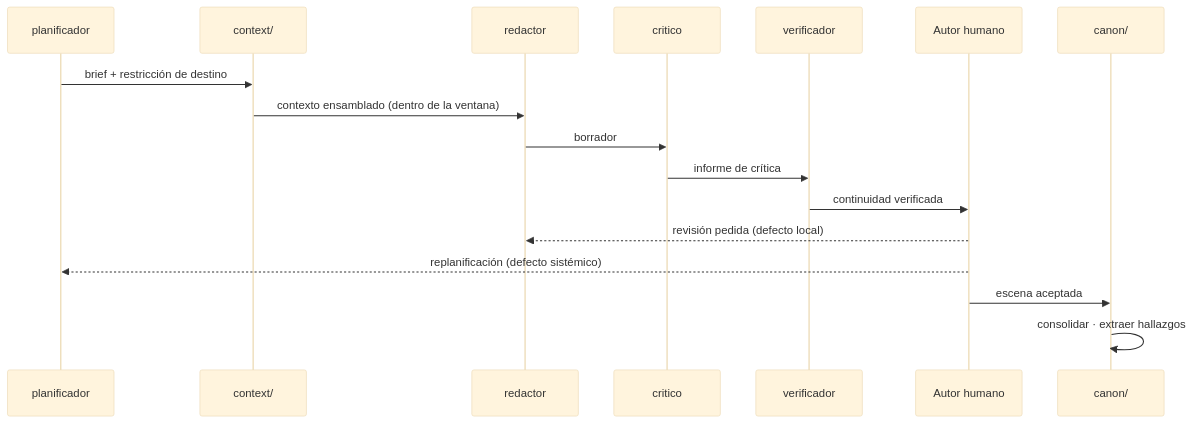
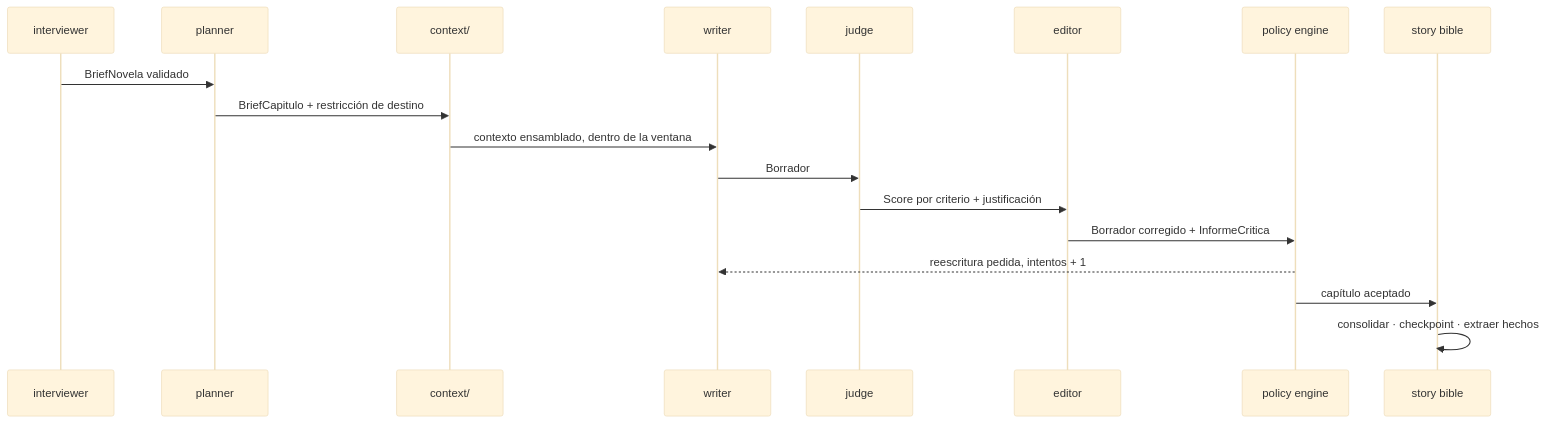
One commit to BrunoCrz3/MyStory changed the fourth of 10 diagrams in docs/architecture.md. Above: the diagram before and after it, drawn with Mermaid (base theme). The commit also changed other lines of this file, not shown here.

First line of the commit message:
Redisenar architecture.md sobre el alcance de storyMaker

````diff
--- a/docs/architecture.md
+++ b/docs/architecture.md
@@ -696,19 +337,20 @@
 ```mermaid
 sequenceDiagram
-  participant P as planificador
+  participant I as interviewer
+  participant P as planner
   participant X as context/
-  participant R as redactor
-  participant C as critico
-  participant V as verificador
-  participant A as Autor humano
-  participant K as canon/
-  P->>X: brief + restricción de destino
-  X->>R: contexto ensamblado (dentro de la ventana)
-  R->>C: borrador
-  C->>V: informe de crítica
-  V->>A: continuidad verificada
-  A-->>R: revisión pedida (defecto local)
-  A-->>P: replanificación (defecto sistémico)
-  A->>K: escena aceptada
-  K->>K: consolidar · extraer hallazgos
+  participant W as writer
+  participant J as judge
+  participant E as editor
+  participant G as policy engine
+  participant B as story bible
+  I->>P: BriefNovela validado
+  P->>X: BriefCapitulo + restricción de destino
+  X->>W: contexto ensamblado, dentro de la ventana
+  W->>J: Borrador
+  J->>E: Score por criterio + justificación
+  E->>G: Borrador corregido + InformeCritica
+  G-->>W: reescritura pedida, intentos + 1
+  G->>B: capítulo aceptado
+  B->>B: consolidar · checkpoint · extraer hechos
 ```
````
